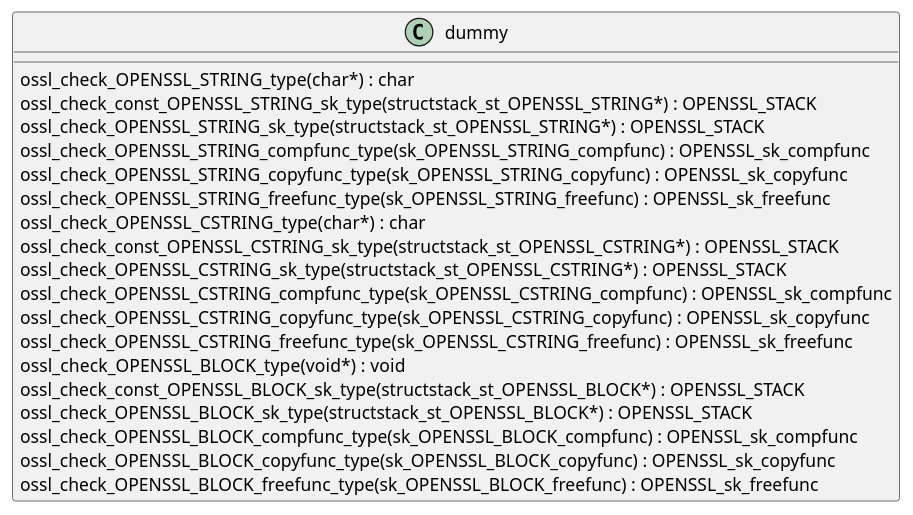
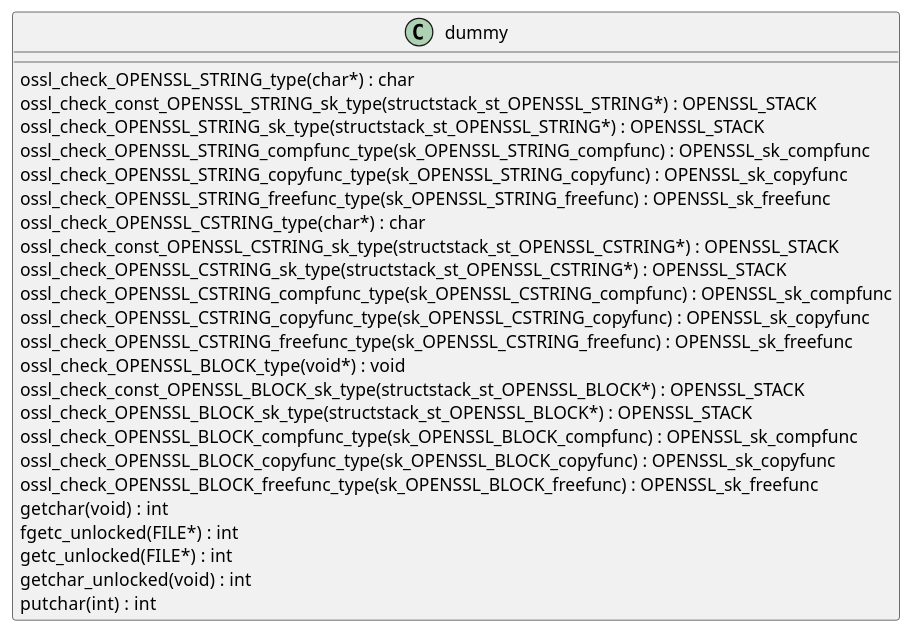
The diagram in docs/qc/providers/implementations/ciphers/cipher_aes_wrp.c.puml (qualitesys/openssl), drawn with PlantUML before and after one commit. The commit also changed 3865 other files, not shown here.

```diff
--- a/docs/qc/providers/implementations/ciphers/cipher_aes_wrp.c.puml
+++ b/docs/qc/providers/implementations/ciphers/cipher_aes_wrp.c.puml
@@ -1,23 +1,28 @@
 @startuml
 !pragma layout smetana
 class dummy {
 ossl_check_OPENSSL_STRING_type(char*) :  char  [[[./../../../.././qc/providers/implementations/ciphers/cipher_aes_wrp.c.html#605]]]
 ossl_check_const_OPENSSL_STRING_sk_type(structstack_st_OPENSSL_STRING*) : OPENSSL_STACK [[[./../../../.././qc/providers/implementations/ciphers/cipher_aes_wrp.c.html#605]]]
 ossl_check_OPENSSL_STRING_sk_type(structstack_st_OPENSSL_STRING*) : OPENSSL_STACK [[[./../../../.././qc/providers/implementations/ciphers/cipher_aes_wrp.c.html#605]]]
 ossl_check_OPENSSL_STRING_compfunc_type(sk_OPENSSL_STRING_compfunc) : OPENSSL_sk_compfunc [[[./../../../.././qc/providers/implementations/ciphers/cipher_aes_wrp.c.html#605]]]
 ossl_check_OPENSSL_STRING_copyfunc_type(sk_OPENSSL_STRING_copyfunc) : OPENSSL_sk_copyfunc [[[./../../../.././qc/providers/implementations/ciphers/cipher_aes_wrp.c.html#605]]]
 ossl_check_OPENSSL_STRING_freefunc_type(sk_OPENSSL_STRING_freefunc) : OPENSSL_sk_freefunc [[[./../../../.././qc/providers/implementations/ciphers/cipher_aes_wrp.c.html#605]]]
 ossl_check_OPENSSL_CSTRING_type(char*) :  char  [[[./../../../.././qc/providers/implementations/ciphers/cipher_aes_wrp.c.html#607]]]
 ossl_check_const_OPENSSL_CSTRING_sk_type(structstack_st_OPENSSL_CSTRING*) : OPENSSL_STACK [[[./../../../.././qc/providers/implementations/ciphers/cipher_aes_wrp.c.html#607]]]
 ossl_check_OPENSSL_CSTRING_sk_type(structstack_st_OPENSSL_CSTRING*) : OPENSSL_STACK [[[./../../../.././qc/providers/implementations/ciphers/cipher_aes_wrp.c.html#607]]]
 ossl_check_OPENSSL_CSTRING_compfunc_type(sk_OPENSSL_CSTRING_compfunc) : OPENSSL_sk_compfunc [[[./../../../.././qc/providers/implementations/ciphers/cipher_aes_wrp.c.html#607]]]
 ossl_check_OPENSSL_CSTRING_copyfunc_type(sk_OPENSSL_CSTRING_copyfunc) : OPENSSL_sk_copyfunc [[[./../../../.././qc/providers/implementations/ciphers/cipher_aes_wrp.c.html#607]]]
 ossl_check_OPENSSL_CSTRING_freefunc_type(sk_OPENSSL_CSTRING_freefunc) : OPENSSL_sk_freefunc [[[./../../../.././qc/providers/implementations/ciphers/cipher_aes_wrp.c.html#607]]]
 ossl_check_OPENSSL_BLOCK_type(void*) :  void  [[[./../../../.././qc/providers/implementations/ciphers/cipher_aes_wrp.c.html#610]]]
 ossl_check_const_OPENSSL_BLOCK_sk_type(structstack_st_OPENSSL_BLOCK*) : OPENSSL_STACK [[[./../../../.././qc/providers/implementations/ciphers/cipher_aes_wrp.c.html#610]]]
 ossl_check_OPENSSL_BLOCK_sk_type(structstack_st_OPENSSL_BLOCK*) : OPENSSL_STACK [[[./../../../.././qc/providers/implementations/ciphers/cipher_aes_wrp.c.html#610]]]
 ossl_check_OPENSSL_BLOCK_compfunc_type(sk_OPENSSL_BLOCK_compfunc) : OPENSSL_sk_compfunc [[[./../../../.././qc/providers/implementations/ciphers/cipher_aes_wrp.c.html#610]]]
 ossl_check_OPENSSL_BLOCK_copyfunc_type(sk_OPENSSL_BLOCK_copyfunc) : OPENSSL_sk_copyfunc [[[./../../../.././qc/providers/implementations/ciphers/cipher_aes_wrp.c.html#610]]]
 ossl_check_OPENSSL_BLOCK_freefunc_type(sk_OPENSSL_BLOCK_freefunc) : OPENSSL_sk_freefunc [[[./../../../.././qc/providers/implementations/ciphers/cipher_aes_wrp.c.html#610]]]
+getchar(void) :  int  [[[./../../../.././qc/providers/implementations/ciphers/cipher_aes_wrp.c.html#1443]]]
+fgetc_unlocked(FILE*) :  int  [[[./../../../.././qc/providers/implementations/ciphers/cipher_aes_wrp.c.html#1452]]]
+getc_unlocked(FILE*) :  int  [[[./../../../.././qc/providers/implementations/ciphers/cipher_aes_wrp.c.html#1462]]]
+getchar_unlocked(void) :  int  [[[./../../../.././qc/providers/implementations/ciphers/cipher_aes_wrp.c.html#1469]]]
+putchar(int) :  int  [[[./../../../.././qc/providers/implementations/ciphers/cipher_aes_wrp.c.html#1478]]]
 } 
 @enduml
```
